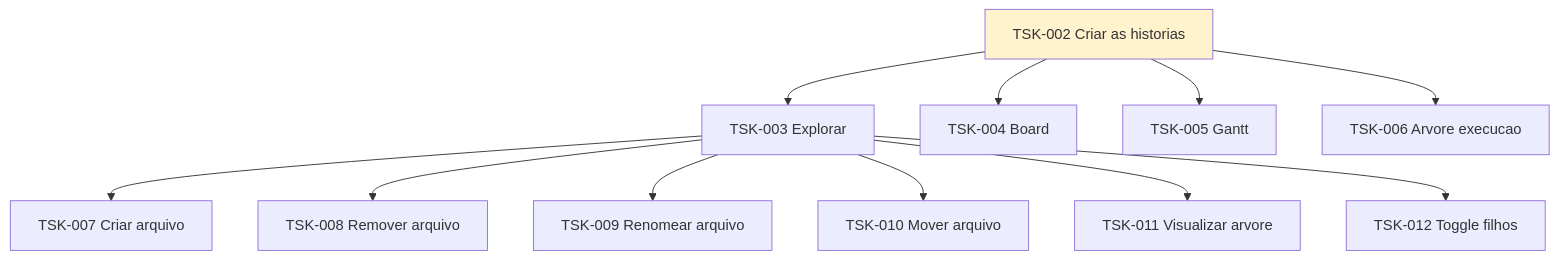
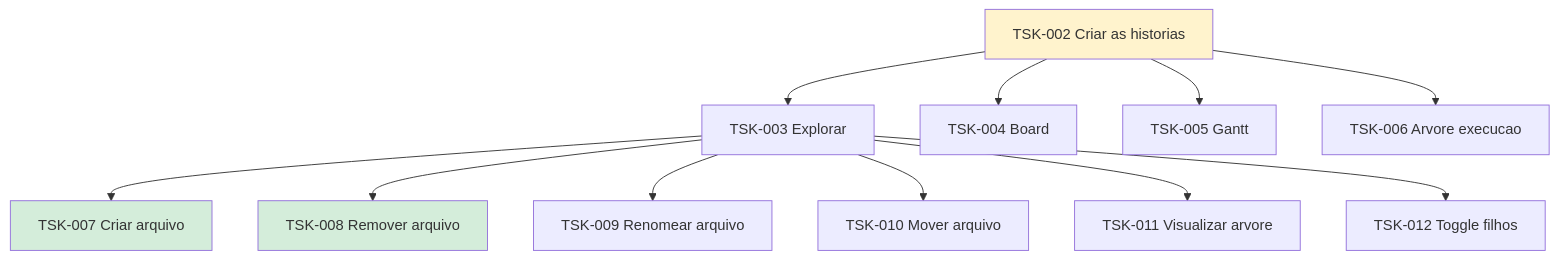
Before and after one commit to laerciogermano/workstation: the diagram in flow/tasks/TSK-001-criar-epico/TSK-002-criar-as-historias/README.md, drawn with Mermaid. The commit also changed 42 other files, not shown here.

Commit message:
Update task statuses in 'board.md' and related documentation to reflect completion of 'Criar arquivo' and 'Remover arquivo'. Enhance clarity by adding parallelism details in Gantt chart and updating scenario descriptions in user stories. This improves project tracking and documentation consistency.

````diff
--- a/flow/tasks/TSK-001-criar-epico/TSK-002-criar-as-historias/README.md
+++ b/flow/tasks/TSK-001-criar-epico/TSK-002-criar-as-historias/README.md
@@ -17,25 +13,27 @@
 ```mermaid
 flowchart TD
   T002[TSK-002 Criar as historias]
   T003[TSK-003 Explorar]
   T007[TSK-007 Criar arquivo]
   T008[TSK-008 Remover arquivo]
   T009[TSK-009 Renomear arquivo]
   T010[TSK-010 Mover arquivo]
   T011[TSK-011 Visualizar arvore]
   T012[TSK-012 Toggle filhos]
   T004[TSK-004 Board]
   T005[TSK-005 Gantt]
   T006[TSK-006 Arvore execucao]
   T002 --> T003
   T003 --> T007
   T003 --> T008
   T003 --> T009
   T003 --> T010
   T003 --> T011
   T003 --> T012
   T002 --> T004
   T002 --> T005
   T002 --> T006
   style T002 fill:#fff3cd
+  style T007 fill:#d4edda
+  style T008 fill:#d4edda
 ```
````
